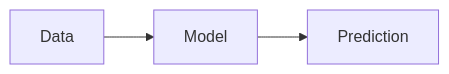
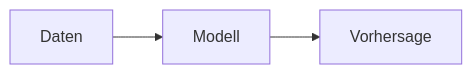
One commit to EmersonBraun/ai-summary-hub changed the diagram in i18n/de/docusaurus-plugin-content-docs/current/fundamentals/index.md. Above: the diagram before and after it, drawn with Mermaid. The commit also changed other lines of this file and 384 other files, not shown here.

````diff
--- a/i18n/de/docusaurus-plugin-content-docs/current/fundamentals/index.md
+++ b/i18n/de/docusaurus-plugin-content-docs/current/fundamentals/index.md
@@ -17,5 +17,5 @@
 ```mermaid
 flowchart LR
-  Data[Data] --> Model[Model]
-  Model --> Prediction[Prediction]
+  Data[Daten] --> Model[Modell]
+  Model --> Prediction[Vorhersage]
 ```
````
